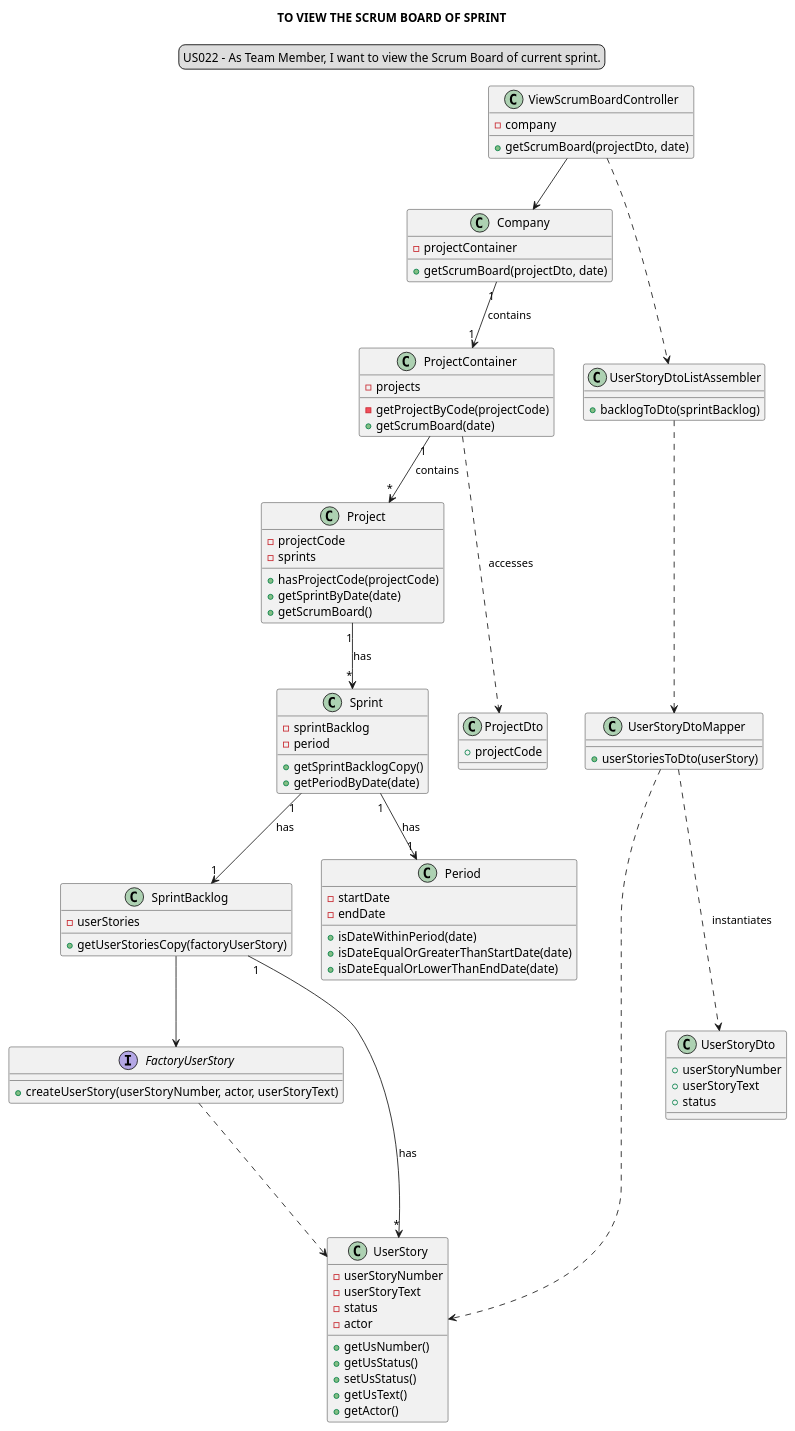
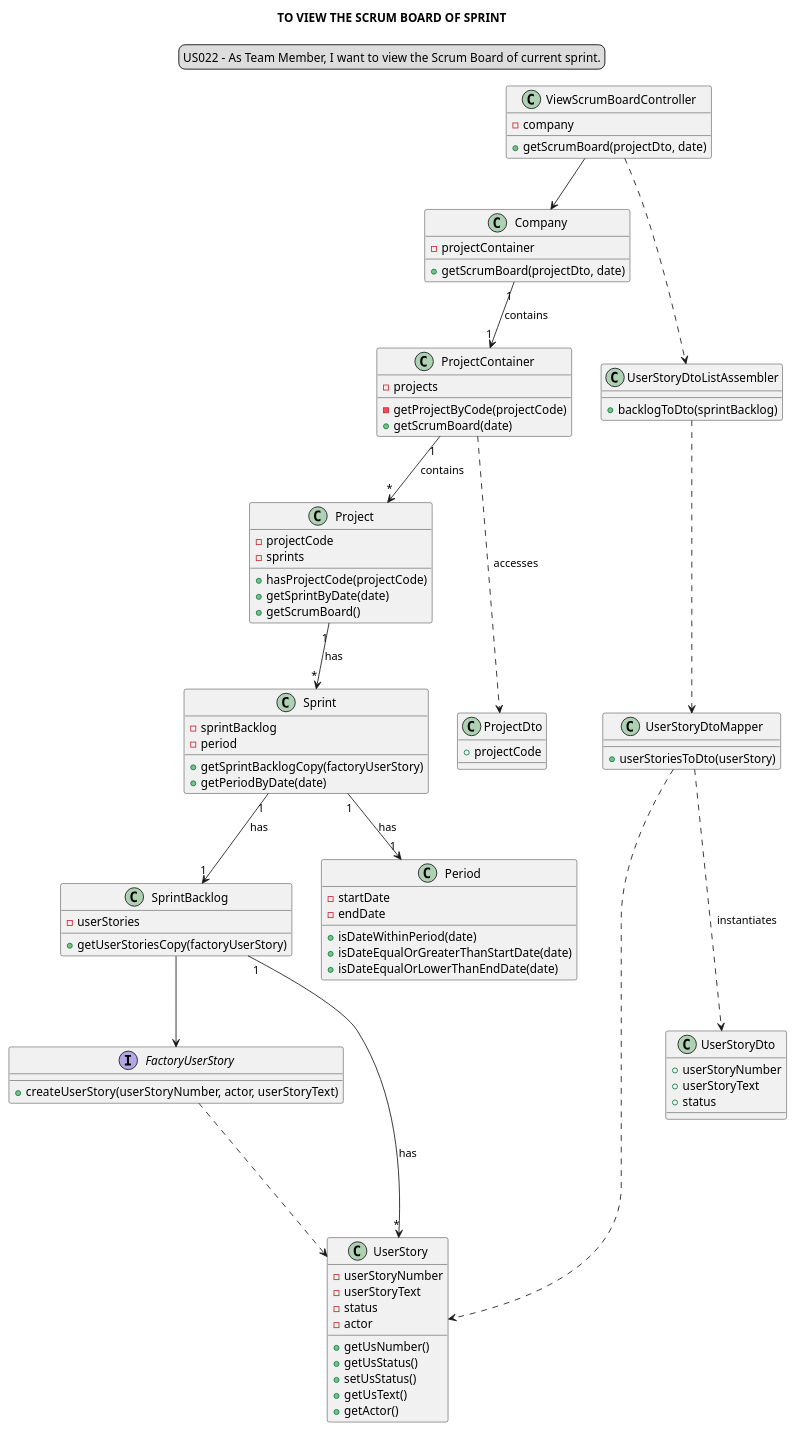
Before and after one commit to Loracline/project_switch_22-23: the diagram in docs/modelling_design/user_stories/sprint03/us022/US022_classDiagram.puml, drawn with PlantUML. The commit also changed 1 other file, not shown here.

```diff
--- a/docs/modelling_design/user_stories/sprint03/us022/US022_classDiagram.puml
+++ b/docs/modelling_design/user_stories/sprint03/us022/US022_classDiagram.puml
@@ -1,115 +1,115 @@
 @startuml
 
 skinparam sequenceMessageAlign center
 title TO VIEW THE SCRUM BOARD OF SPRINT
 legend top
 US022 - As Team Member, I want to view the Scrum Board of current sprint.
 end legend
 
 class ViewScrumBoardController
 class Company
 class ProjectContainer
 class Project
 class Sprint
 class SprintBacklog
 class ProjectDto
 interface FactoryUserStory
 class UserStory
 class UserStoryDtoListAssembler
 class UserStoryDtoMapper
 class UserStoryDto
 
 class ViewScrumBoardController {
 -company
 +getScrumBoard(projectDto, date)
 }
 
 class Company {
 -projectContainer
 +getScrumBoard(projectDto, date)
 }
 
 class ProjectContainer {
 -projects
 -getProjectByCode(projectCode)
 +getScrumBoard(date)
 }
 
 class Project {
 -projectCode
 -sprints
 +hasProjectCode(projectCode)
 +getSprintByDate(date)
 +getScrumBoard()
 }
 
 class Sprint {
 -sprintBacklog
 -period
-+getSprintBacklogCopy()
++getSprintBacklogCopy(factoryUserStory)
 +getPeriodByDate(date)
 }
 
 class Period {
 -startDate
 -endDate
 +isDateWithinPeriod(date)
 +isDateEqualOrGreaterThanStartDate(date)
 +isDateEqualOrLowerThanEndDate(date)
 }
 
 class SprintBacklog {
 -userStories
 +getUserStoriesCopy(factoryUserStory)
 }
 
 class ProjectDto {
 +projectCode
 }
 
 interface FactoryUserStory {
 +createUserStory(userStoryNumber, actor, userStoryText)
 }
 
 class UserStory {
 -userStoryNumber
 -userStoryText
 -status
 -actor
 +getUsNumber()
 +getUsStatus()
 +setUsStatus()
 +getUsText()
 +getActor()
 }
 
 class UserStoryDto {
 +userStoryNumber
 +userStoryText
 +status
 }
 
 class UserStoryDtoMapper {
 +userStoriesToDto(userStory)
 }
 
 class UserStoryDtoListAssembler {
 +backlogToDto(sprintBacklog)
 }
 
 "ViewScrumBoardController" --> "Company"
 "Company" "1" --> "1" "ProjectContainer": contains
 "ProjectContainer" "1" --> "*" "Project": contains
 "Project" "1" --> "*" "Sprint": has
 "Sprint" "1" --> "1" "SprintBacklog": has
 "Sprint" "1" --> "1" "Period": has
 "SprintBacklog" --> "FactoryUserStory"
 "SprintBacklog" "1" --> "*" "UserStory": has
 "FactoryUserStory" .--> "UserStory"
 "ProjectContainer" .--> "ProjectDto": accesses
 "ViewScrumBoardController" .--> "UserStoryDtoListAssembler"
 "UserStoryDtoListAssembler" .--> "UserStoryDtoMapper"
 "UserStoryDtoMapper" .--> "UserStoryDto": instantiates
 "UserStoryDtoMapper" .--> "UserStory"
 
 @enduml
```
